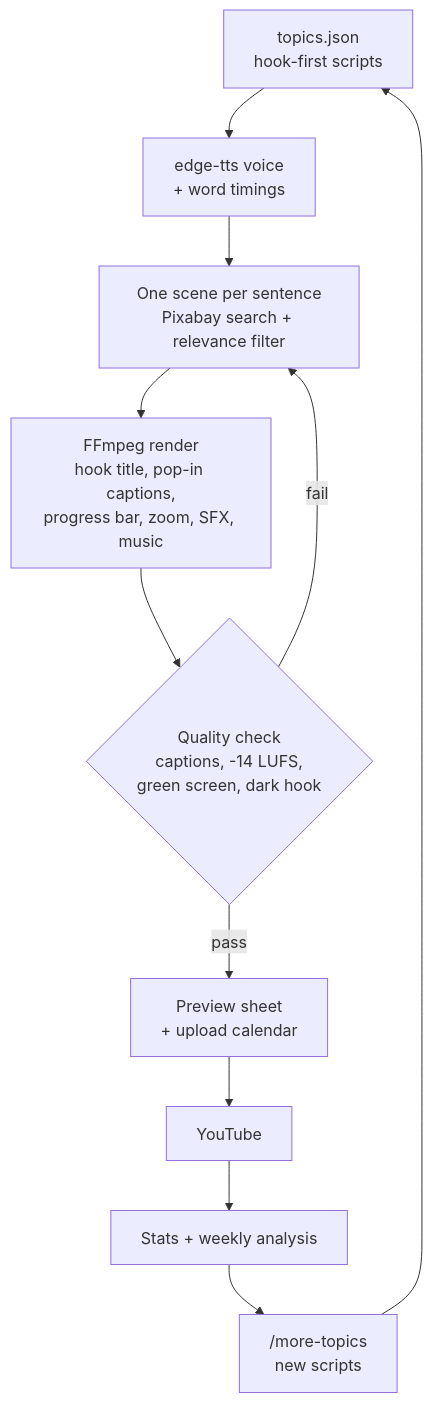
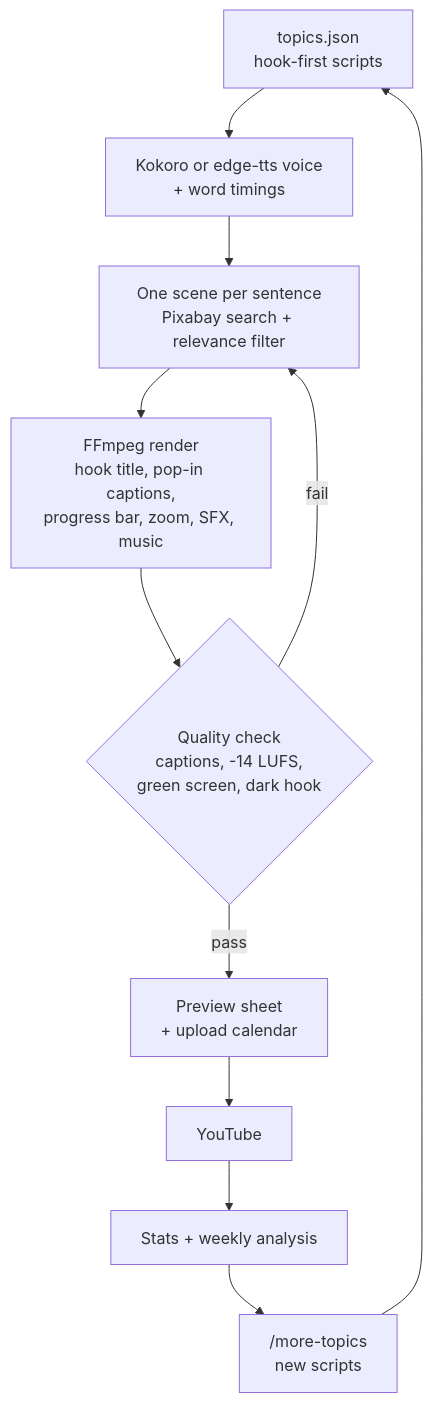
One commit to makdogan2/ai-shorts-generator changed the diagram in README.md. Above: the diagram before and after it, drawn with Mermaid. The commit also changed other lines of this file and 7 other files, not shown here.

First line of the commit message:
Kokoro voice (open-source, runs locally) with per-sentence word timing; space uses af_heart

````diff
--- a/README.md
+++ b/README.md
@@ -15,13 +15,13 @@
 ```mermaid
 flowchart TD
-    A[topics.json<br>hook-first scripts] --> B[edge-tts voice<br>+ word timings]
+    A[topics.json<br>hook-first scripts] --> B[Kokoro or edge-tts voice<br>+ word timings]
     B --> C[One scene per sentence<br>Pixabay search + relevance filter]
     C --> D[FFmpeg render<br>hook title, pop-in captions,<br>progress bar, zoom, SFX, music]
     D --> E{Quality check<br>captions, -14 LUFS,<br>green screen, dark hook}
     E -- fail --> C
     E -- pass --> F[Preview sheet<br>+ upload calendar]
     F --> G[YouTube]
     G --> H[Stats + weekly analysis]
     H --> I["/more-topics<br>new scripts"]
     I --> A
 ```
````
